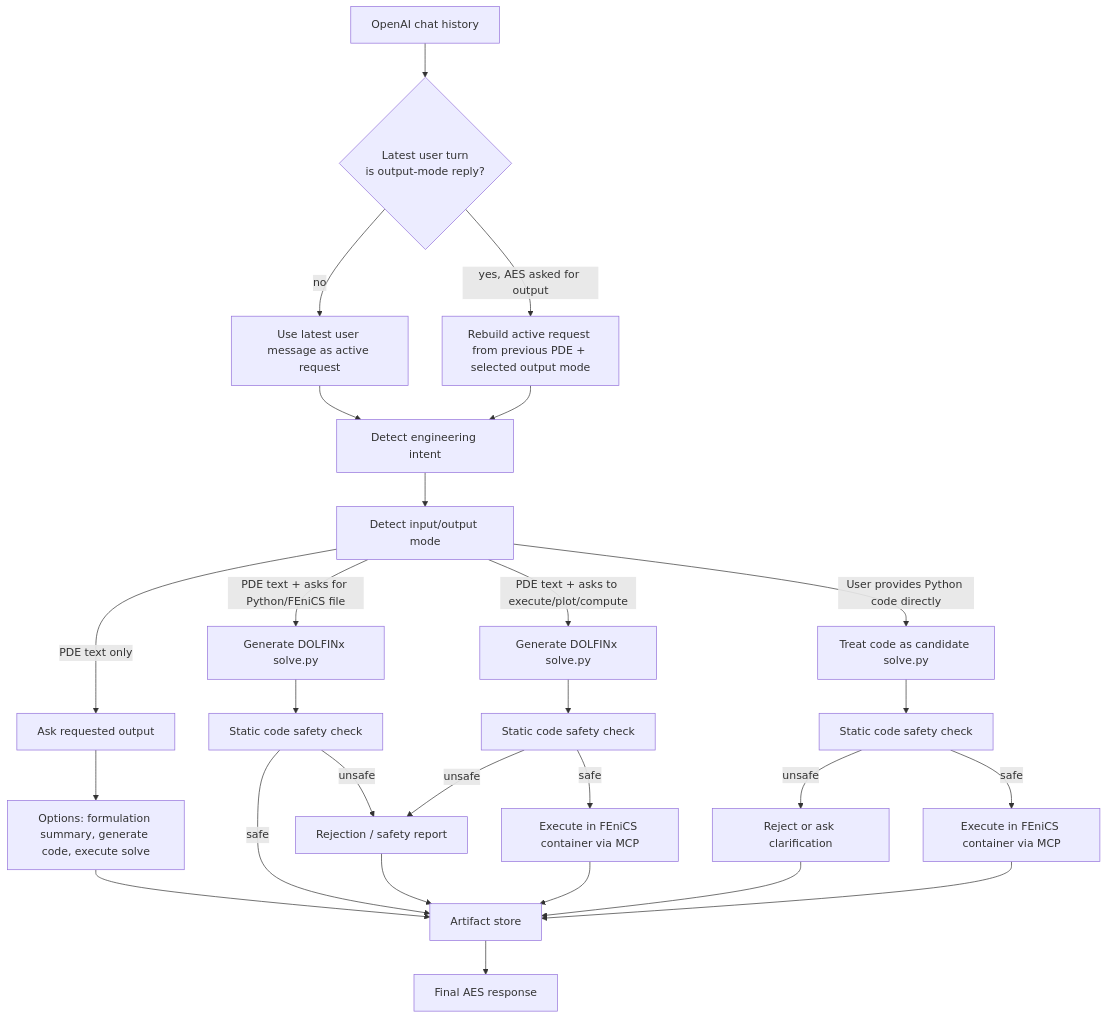
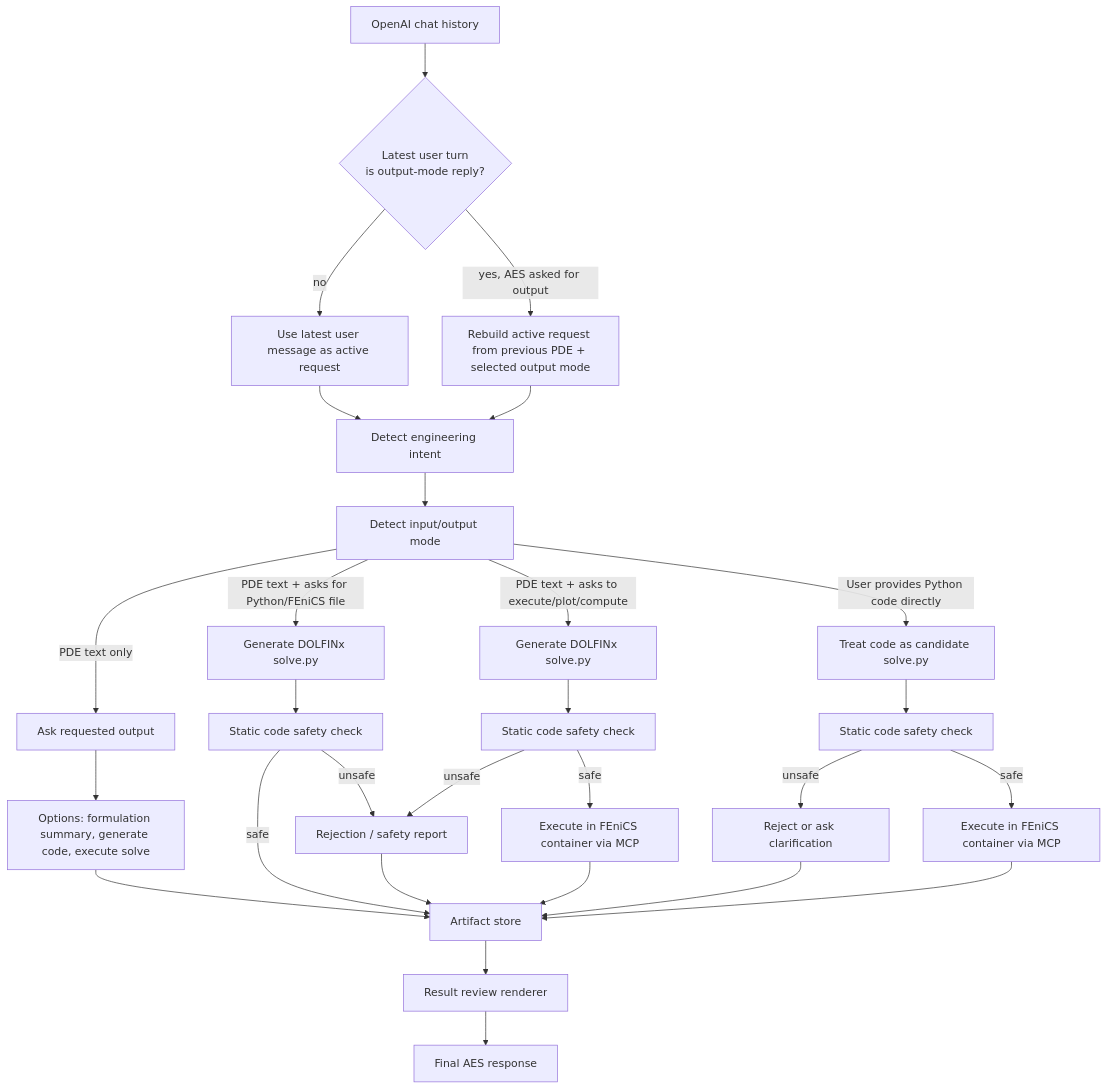
The second of 2 diagrams in docs/architecture.md (RadmirG/AES), drawn with Mermaid before and after one commit. The commit also changed other lines of this file and 5 other files, not shown here.

````diff
--- a/docs/architecture.md
+++ b/docs/architecture.md
@@ -101,34 +101,35 @@
 ```mermaid
 flowchart TD
     A["OpenAI chat history"] --> A1{"Latest user turn \n is output-mode reply?"}
     A1 -->|no| A2["Use latest user message as active request"]
     A1 -->|yes, AES asked for output| A3["Rebuild active request from previous PDE + selected output mode"]
     A2 --> B["Detect engineering intent"]
     A3 --> B
     B --> C["Detect input/output mode"]
 
     C -->|PDE text only| D["Ask requested output"]
     D --> E["Options: formulation summary, generate code, execute solve"]
     E --> H["Artifact store"]
 
     C -->|PDE text + asks for Python/FEniCS file| F["Generate DOLFINx solve.py"]
     F --> G["Static code safety check"]
     G -->|safe| H
     G -->|unsafe| R["Rejection / safety report"]
     R --> H
 
     C -->|PDE text + asks to execute/plot/compute| I["Generate DOLFINx solve.py"]
     I --> J["Static code safety check"]
     J -->|safe| K["Execute in FEniCS container via MCP"]
     J -->|unsafe| R
     K --> H
 
     C -->|User provides Python code directly| L["Treat code as candidate solve.py"]
     L --> M["Static code safety check"]
     M -->|unsafe| N["Reject or ask clarification"]
     M -->|safe| O["Execute in FEniCS container via MCP"]
     N --> H
     O --> H
 
-    H --> Z["Final AES response"]
+    H --> Y["Result review renderer"]
+    Y --> Z["Final AES response"]
 ```
````
